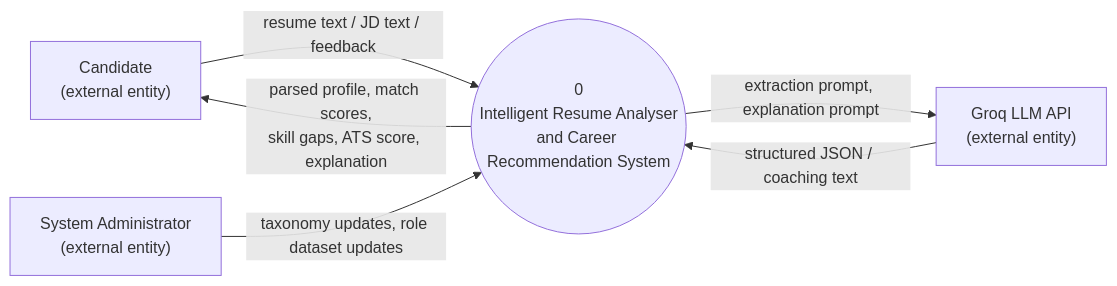
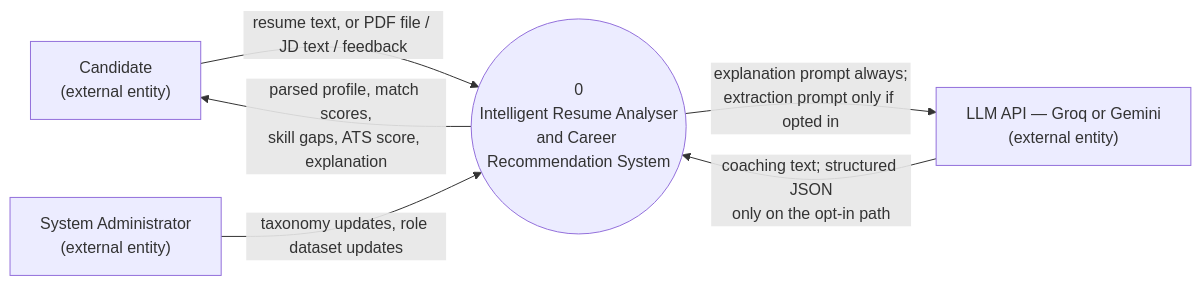
One commit to biswas2200/Smart-Resume-Analyzer-and-Job-Recommendation-System changed the first of 3 diagrams in docs/dfd.md. Above: the diagram before and after it, drawn with Mermaid. The commit also changed other lines of this file and 96 other files, not shown here.

````diff
--- a/docs/dfd.md
+++ b/docs/dfd.md
@@ -7,14 +7,14 @@
 ```mermaid
 flowchart LR
     Candidate["Candidate\n(external entity)"]
     Admin["System Administrator\n(external entity)"]
-    LLM["Groq LLM API\n(external entity)"]
+    LLM["LLM API — Groq or Gemini\n(external entity)"]
 
     SYS(("0\nIntelligent Resume Analyser\nand Career Recommendation System"))
 
-    Candidate -->|resume text / JD text / feedback| SYS
+    Candidate -->|resume text, or PDF file / JD text / feedback| SYS
     SYS -->|parsed profile, match scores,\nskill gaps, ATS score, explanation| Candidate
     Admin -->|taxonomy updates, role dataset updates| SYS
-    SYS -->|extraction prompt, explanation prompt| LLM
-    LLM -->|structured JSON / coaching text| SYS
+    SYS -->|explanation prompt always;\nextraction prompt only if opted in| LLM
+    LLM -->|coaching text; structured JSON\nonly on the opt-in path| SYS
 ```
````
